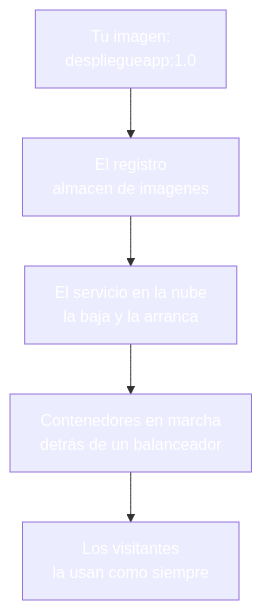
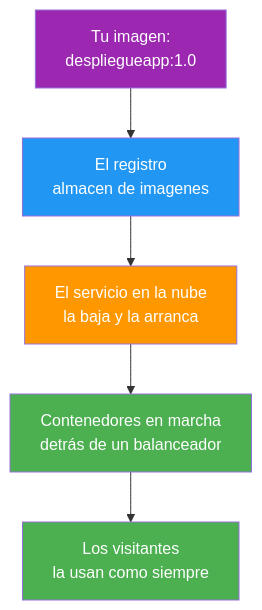
The fifth of 6 diagrams in 25-docker-despliegue.md (joseluisgs/DesarrolloWebEntornosServidor-03-2026-2027), drawn with Mermaid before and after one commit. The commit also changed other lines of this file and 25 other files, not shown here.

Commit message:
docs: corregir los estilos Mermaid de los temas y alinear el dominio del tema 25 con ProductosApp

````diff
--- a/25-docker-despliegue.md
+++ b/25-docker-despliegue.md
@@ -276,12 +276,12 @@
 ```mermaid
 graph TD
     I["Tu imagen:<br/>despliegueapp:1.0"] --> R["El registro<br/>almacen de imagenes"]
     R --> S["El servicio en la nube<br/>la baja y la arranca"]
     S --> N["Contenedores en marcha<br/>detrás de un balanceador"]
     N --> V["Los visitantes<br/>la usan como siempre"]
-    style I fill:#9C27B,color:#fff0,color:#fff
-    style R fill:#2196F,color:#fff3,color:#fff
-    style S fill:#FF980,color:#fff0,color:#fff
-    style N fill:#4CAF5,color:#fff0,color:#fff
-    style V fill:#4CAF5,color:#fff0,color:#fff
+    style I fill:#9C27B0,color:#fff
+    style R fill:#2196F3,color:#fff
+    style S fill:#FF9800,color:#fff
+    style N fill:#4CAF50,color:#fff
+    style V fill:#4CAF50,color:#fff
 ```
````
